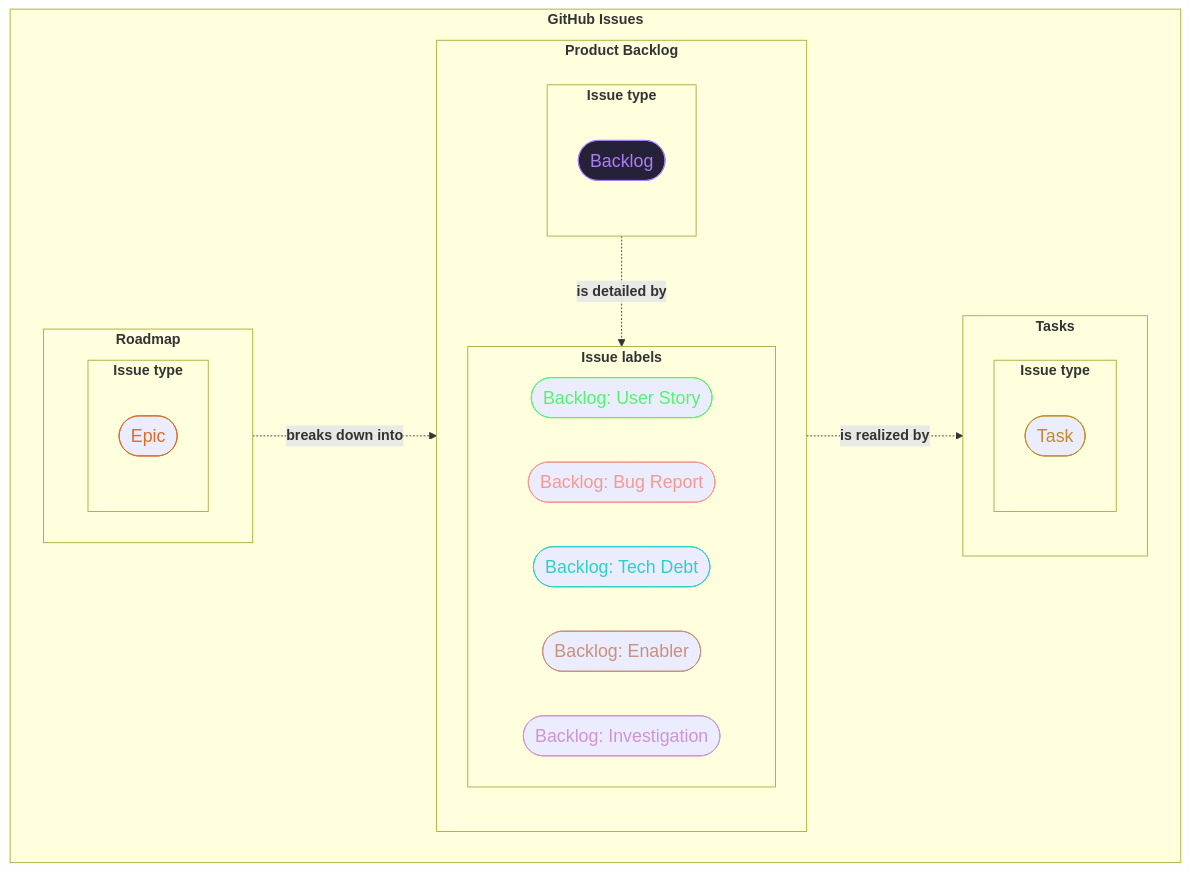
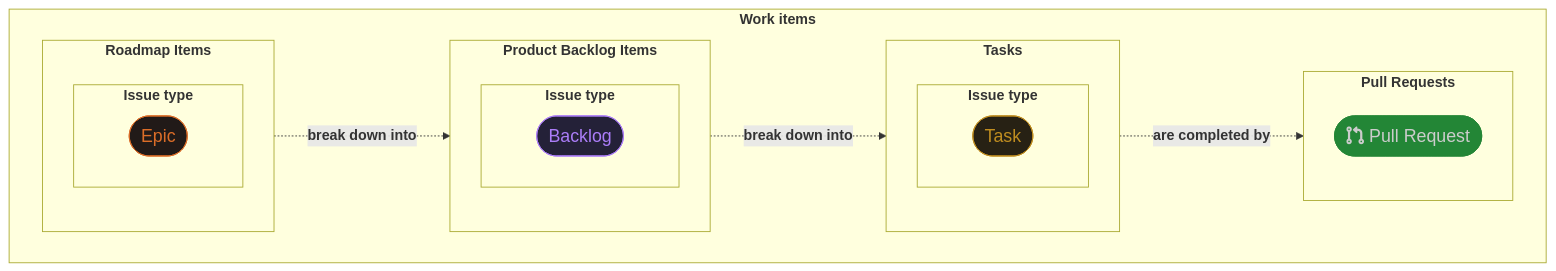
Before and after one commit to inno-se/the-guide: the diagram in README.md, drawn with Mermaid. The commit also changed other lines of this file, not shown here.

Commit message:
fix(readme): simplify the diagram and move it up

````diff
--- a/README.md
+++ b/README.md
@@ -81,58 +38,43 @@
 ```mermaid
 graph LR
     %% --- Style Definitions ---
     
-    classDef styleEpicType #211a18,stroke:#db6d28,color:#db6d28,font-size:15pt
+    classDef styleEpicType fill:#211a18,stroke:#db6d28,color:#db6d28,font-size:15pt
     classDef styleBacklogType fill:#242138,stroke:#ab7df8,color:#ab7df8,font-size:15pt
-    classDef styleTaskType #272114,stroke:#c08d20,color:#c08d20,font-size:15pt
-    
-    classDef styleUserStoryLabel #193b27,stroke:#4ff66b,color:#4ff66b,font-size:15pt
-    classDef styleBugReportLabel #371a1d,stroke:#f8988e,color:#f8988e,font-size:15pt
-    classDef styleTechDebtLabel #153437,stroke:#2bd0cb,color:#2bd0cb,font-size:15pt
-    classDef styleEnablerLabel #2c2222,stroke:#c9907c,color:#c9907c,font-size:15pt
-    classDef styleInvestigationLabel #2a1b35,stroke:#ce94d4,color:#ce94d4,font-size:15pt
+    classDef styleTaskType fill:#272114,stroke:#c08d20,color:#c08d20,font-size:15pt
+    classDef stylePullRequestLabel fill:#238636,stroke:#238636,color:#cccccc,font-size:15pt
 
     %% --- Main Hierarchy ---
 
-    subgraph Issues ["`**GitHub Issues**`"]
+    subgraph Issues ["`**Work items**`"]
         direction LR
-
-        subgraph Roadmap ["`**Roadmap**`"]
-            direction LR
-
+        
+        subgraph RoadmapItems ["`**Roadmap Items**`"]
             subgraph EpicIssueType ["`**Issue type**`"]
                 EpicTypeLabel([Epic]):::styleEpicType
             end
         end
 
-        subgraph ProductBacklog ["`**Product Backlog**`"]
-            direction TB
-            
+        subgraph ProductBacklogItems ["`**Product Backlog Items**`"]
             subgraph BacklogIssueType ["`**Issue type**`"]
                 BacklogType([Backlog]):::styleBacklogType
             end
-
-            subgraph BacklogIssueLabels ["`**Issue labels**`"]
-                direction LR
-
-                UserStoryLabel([Backlog: User Story]):::styleUserStoryLabel
-                BugReportLabel([Backlog: Bug Report]):::styleBugReportLabel
-                TechDebtLabel([Backlog: Tech Debt]):::styleTechDebtLabel
-                EnablerLabel([Backlog: Enabler]):::styleEnablerLabel
-                InvestigationLabel([Backlog: Investigation]):::styleInvestigationLabel
-            end
-
-            BacklogIssueType -. "`**is detailed by**`" .-> BacklogIssueLabels
         end
 
         subgraph Tasks ["`**Tasks**`"]
             subgraph TaskIssueType ["`**Issue type**`"]
                 TaskType([Task]):::styleTaskType
             end
         end
 
-        Roadmap -. "`**breaks down into**`" .-> ProductBacklog
-        ProductBacklog -. "`**is realized by**`" .-> Tasks
+        subgraph PullRequests ["`**Pull Requests**`"]
+            PullRequestLabel([fa:fa-code-pull-request Pull Request]):::stylePullRequestLabel
+        end
 
+        RoadmapItems -. "`**break down into**`" .-> ProductBacklogItems
+        ProductBacklogItems -. "`**break down into**`" .-> Tasks
+
+        Tasks -. "`**are completed by**`" .-> PullRequests
+        
     end
 ```
````
